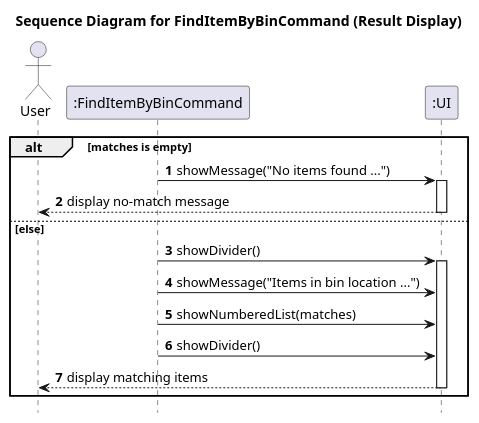
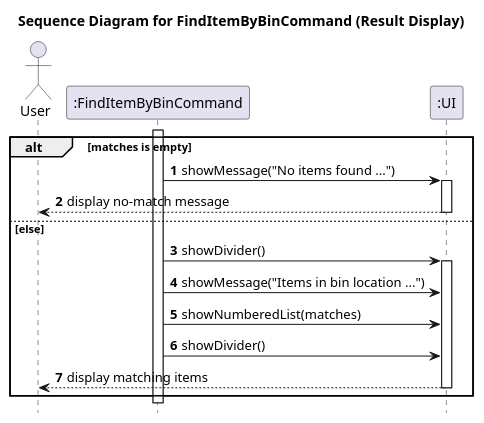
Before and after one commit to KOIiiii07/tp: the diagram in docs/diagrams/sequence/FindItemByBinCommandDisplayFlow.puml, drawn with PlantUML. The commit also changed 13 other files, not shown here.

Commit message:
Update all the Find Diagram

```diff
--- a/docs/diagrams/sequence/FindItemByBinCommandDisplayFlow.puml
+++ b/docs/diagrams/sequence/FindItemByBinCommandDisplayFlow.puml
@@ -1,25 +1,27 @@
 @startuml
 title Sequence Diagram for FindItemByBinCommand (Result Display)
 
 autonumber
 hide footbox
 
 actor User
 participant ":FindItemByBinCommand" as FindItemByBinCommand
 participant ":UI" as UI
 
+activate FindItemByBinCommand
 alt matches is empty
     FindItemByBinCommand -> UI: showMessage("No items found ...")
     activate UI
     UI --> User: display no-match message
     deactivate UI
 else else
     FindItemByBinCommand -> UI: showDivider()
     activate UI
     FindItemByBinCommand -> UI: showMessage("Items in bin location ...")
     FindItemByBinCommand -> UI: showNumberedList(matches)
     FindItemByBinCommand -> UI: showDivider()
     UI --> User: display matching items
     deactivate UI
 end
+deactivate FindItemByBinCommand
 @enduml
```
